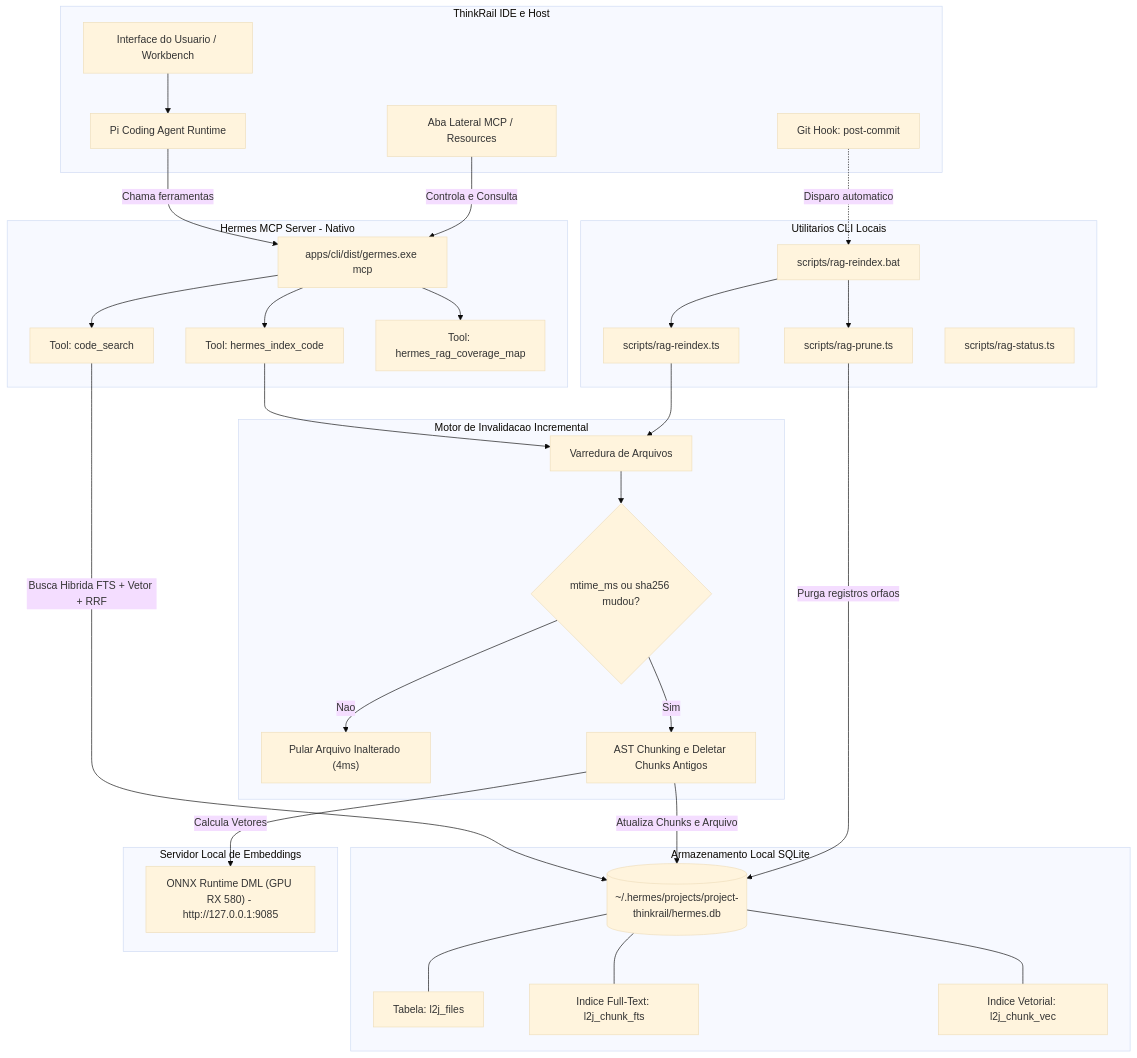
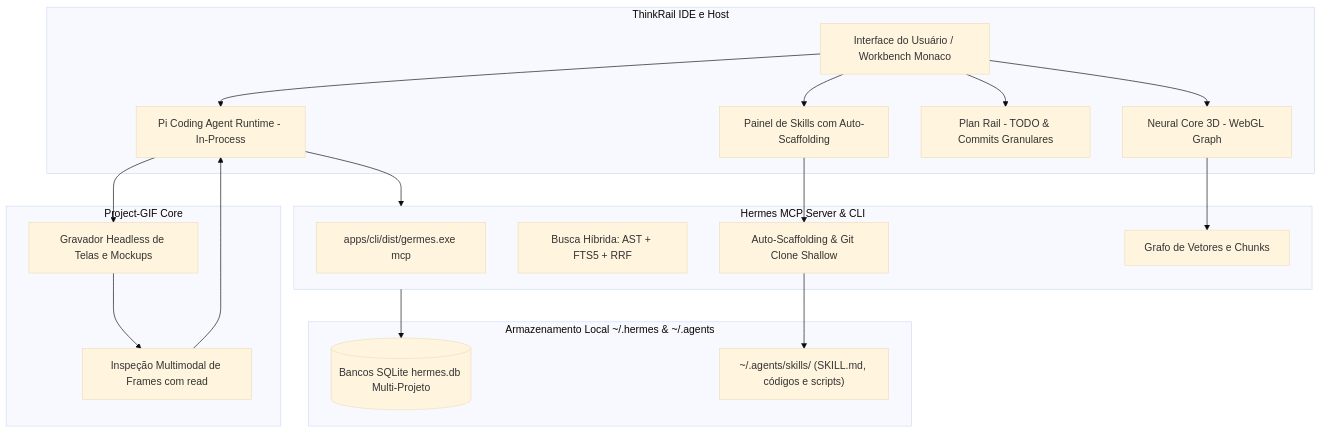
One commit to Dhousefe/rag_thinkrail changed the diagram in README.md. Above: the diagram before and after it, drawn with Mermaid (base theme). The commit also changed other lines of this file, not shown here.

Commit message:
docs: update README with skills auto-scaffolding, project-gif, neural core and hermes rag

````diff
--- a/README.md
+++ b/README.md
@@ -54,68 +74,43 @@
 ```mermaid
 flowchart TB
     subgraph ThinkRail_IDE [ThinkRail IDE e Host]
-        UI[Interface do Usuario / Workbench]
-        Agent[Pi Coding Agent Runtime]
-        Sidebar[Aba Lateral MCP / Resources]
-        PostCommit[Git Hook: post-commit]
+        UI[Interface do Usuário / Workbench Monaco]
+        Agent[Pi Coding Agent Runtime - In-Process]
+        NeuralCore[Neural Core 3D - WebGL Graph]
+        PlanRail[Plan Rail - TODO & Commits Granulares]
+        SkillsPanel[Painel de Skills com Auto-Scaffolding]
     end
 
-    subgraph Scripts_CLI [Utilitarios CLI Locais]
-        ReindexBat["scripts/rag-reindex.bat"]
-        ReindexTs["scripts/rag-reindex.ts"]
-        PruneTs["scripts/rag-prune.ts"]
-        StatusTs["scripts/rag-status.ts"]
+    subgraph Testing_Engine [Project-GIF Core]
+        GifRecorder[Gravador Headless de Telas e Mockups]
+        MultimodalEval[Inspeção Multimodal de Frames com read]
     end
 
-    subgraph MCP_Server [Hermes MCP Server - Nativo]
+    subgraph Hermes_MCP [Hermes MCP Server & CLI]
         GermesExe["apps/cli/dist/germes.exe mcp"]
-        IndexCodeTool["Tool: hermes_index_code"]
-        SearchTool["Tool: code_search"]
-        CoverageTool["Tool: hermes_rag_coverage_map"]
+        CodeSearch[Busca Híbrida: AST + FTS5 + RRF]
+        SkillInstaller[Auto-Scaffolding & Git Clone Shallow]
+        VectorGraph[Grafo de Vetores e Chunks]
     end
 
-    subgraph Fast_Engine [Motor de Invalidacao Incremental]
-        Scanner[Varredura de Arquivos]
-        CheckDiff{"mtime_ms ou sha256 mudou?"}
-        Skip["Pular Arquivo Inalterado (4ms)"]
-        Chunker["AST Chunking e Deletar Chunks Antigos"]
-    end
-
-    subgraph Storage [Armazenamento Local SQLite]
-        DB[("~/.hermes/projects/project-thinkrail/hermes.db")]
-        L2jFiles[Tabela: l2j_files]
-        L2jFTS[Indice Full-Text: l2j_chunk_fts]
-        L2jVec[Indice Vetorial: l2j_chunk_vec]
-    end
-
-    subgraph Embedding_Server [Servidor Local de Embeddings]
-        JinaEmbeddings["ONNX Runtime DML (GPU RX 580) - http://127.0.0.1:9085"]
+    subgraph Storage [Armazenamento Local ~/.hermes & ~/.agents]
+        DB[("Bancos SQLite hermes.db Multi-Projeto")]
+        SkillsDir["~/.agents/skills/ (SKILL.md, códigos e scripts)"]
     end
 
     UI --> Agent
-    Sidebar -->|Controla e Consulta| GermesExe
-    Agent -->|Chama ferramentas| GermesExe
-    PostCommit -.->|Disparo automatico| ReindexBat
+    UI --> NeuralCore
+    UI --> PlanRail
+    UI --> SkillsPanel
 
-    ReindexBat --> PruneTs
-    ReindexBat --> ReindexTs
-    PruneTs -->|Purga registros orfaos| DB
-    ReindexTs --> Scanner
+    Agent --> Hermes_MCP
+    SkillsPanel --> SkillInstaller
+    SkillInstaller --> SkillsDir
+    NeuralCore --> VectorGraph
 
-    GermesExe --> IndexCodeTool
-    GermesExe --> SearchTool
-    GermesExe --> CoverageTool
-    IndexCodeTool --> Scanner
+    Agent --> GifRecorder
+    GifRecorder --> MultimodalEval
+    MultimodalEval --> Agent
 
-    Scanner --> CheckDiff
-    CheckDiff -->|Nao| Skip
-    CheckDiff -->|Sim| Chunker
-    Chunker -->|Calcula Vetores| JinaEmbeddings
-    Chunker -->|Atualiza Chunks e Arquivo| DB
-
-    DB --- L2jFiles
-    DB --- L2jFTS
-    DB --- L2jVec
-
-    SearchTool -->|Busca Hibrida FTS + Vetor + RRF| DB
+    Hermes_MCP --> DB
 ```
````
